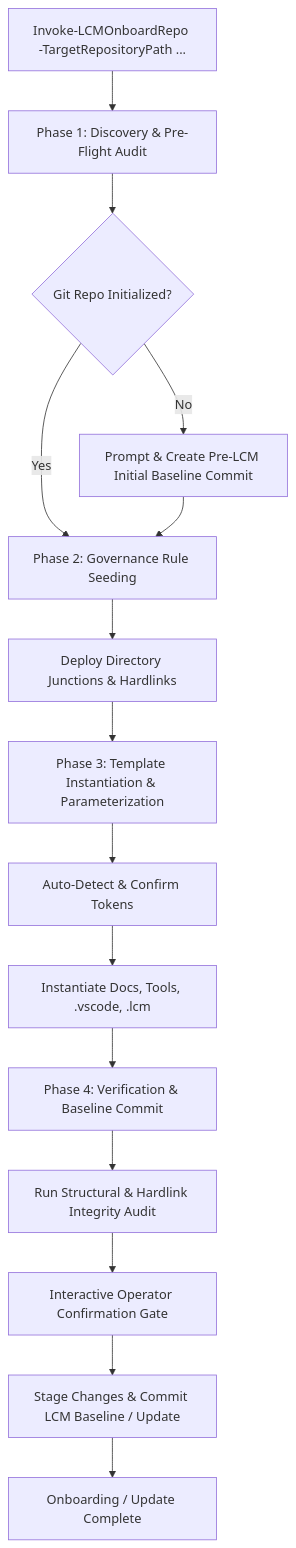
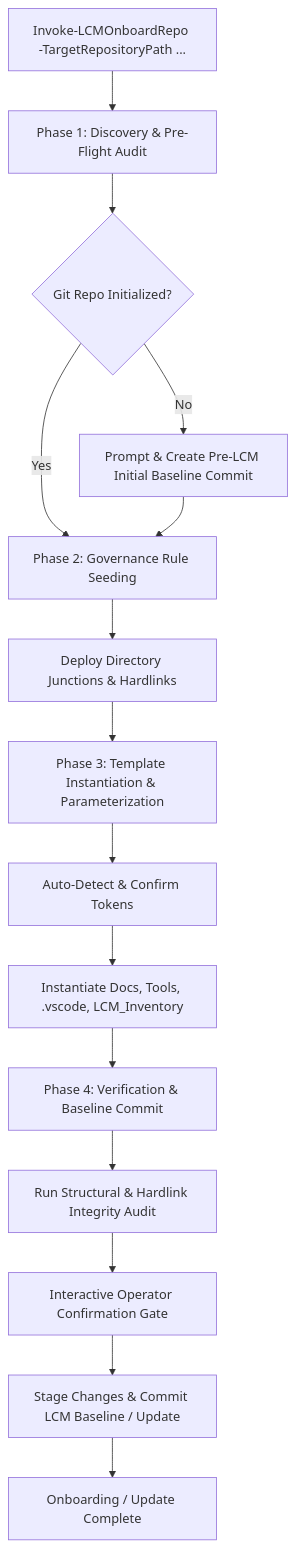
The second of 2 diagrams in docs/LCM-Onboarding-Architecture.md (rgbigel/Workspace_AI), drawn with Mermaid before and after one commit. The commit also changed other lines of this file and 27 other files, not shown here.

````diff
--- a/docs/LCM-Onboarding-Architecture.md
+++ b/docs/LCM-Onboarding-Architecture.md
@@ -69,18 +69,18 @@
 ```mermaid
 graph TD
     A[Invoke-LCMOnboardRepo -TargetRepositoryPath ...] --> B[Phase 1: Discovery & Pre-Flight Audit]
     B --> C{Git Repo Initialized?}
     C -->|No| D[Prompt & Create Pre-LCM Initial Baseline Commit]
     C -->|Yes| E[Phase 2: Governance Rule Seeding]
     D --> E
     E --> F[Deploy Directory Junctions & Hardlinks]
     F --> G[Phase 3: Template Instantiation & Parameterization]
     G --> H[Auto-Detect & Confirm Tokens]
-    H --> I[Instantiate Docs, Tools, .vscode, .lcm]
+    H --> I[Instantiate Docs, Tools, .vscode, LCM_Inventory]
     I --> J[Phase 4: Verification & Baseline Commit]
     J --> K[Run Structural & Hardlink Integrity Audit]
     K --> L[Interactive Operator Confirmation Gate]
     L --> M[Stage Changes & Commit LCM Baseline / Update]
     M --> N[Onboarding / Update Complete]
 
 ```
````
